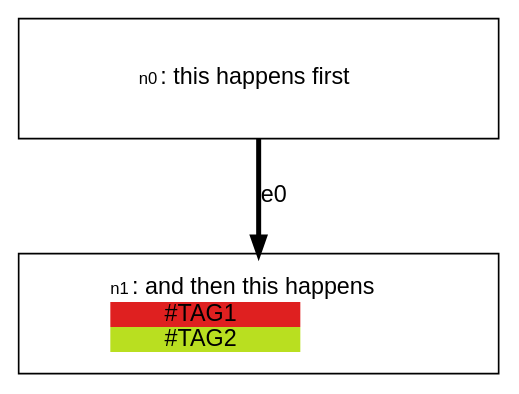
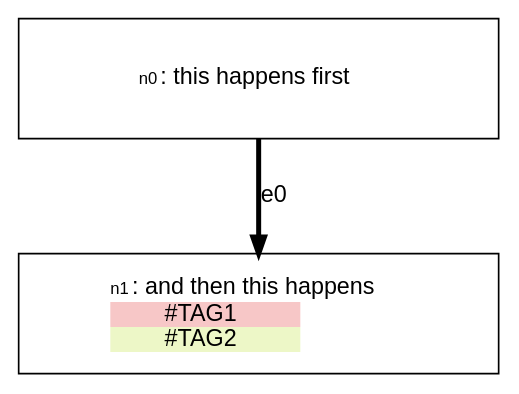
One commit to stevecooperorg/microdot changed the diagram in examples/readme_example_1.dot. Above: the diagram before and after it, drawn with Graphviz. The commit also changed 13 other files, not shown here.

```diff
--- a/examples/readme_example_1.dot
+++ b/examples/readme_example_1.dot
@@ -1,34 +1,34 @@
 digraph {
 
     graph [fontname = "helvetica" rankdir="TB" ranksep=0.75 nodesep=0.5];
     node [fontname = "helvetica" shape = "box" width=2.5 style=filled];
     edge [fontname = "helvetica" penwidth=3 color="#000000"];
 
     n0 [width=4 height=1 label=< <TABLE BORDER="0" CELLPADDING="0" CELLSPACING="0">
     <TR>
         <TD COLSPAN="1"><FONT POINT-SIZE="10">n0</FONT>: this happens first</TD>
     </TR>
     
    </TABLE>
 > fillcolor="#FFFFFF"]
     n1 [width=4 height=1 label=< <TABLE BORDER="0" CELLPADDING="0" CELLSPACING="0">
     <TR>
         <TD COLSPAN="2"><FONT POINT-SIZE="10">n1</FONT>: and then this happens</TD>
     </TR>
     
         
            <TR>
-<TD BGCOLOR="#DF2020"><FONT COLOR="#000000">#TAG1</FONT></TD>
+<TD BGCOLOR="#F7C7C7"><FONT COLOR="#000000">#TAG1</FONT></TD>
 </TR>
         
            <TR>
-<TD BGCOLOR="#B9DF20"><FONT COLOR="#000000">#TAG2</FONT></TD>
+<TD BGCOLOR="#EDF7C7"><FONT COLOR="#000000">#TAG2</FONT></TD>
 </TR>
         
     
    </TABLE>
 > fillcolor="#FFFFFF"]
 
     "n0" -> "n1" [label="e0"];
 
 }
```
